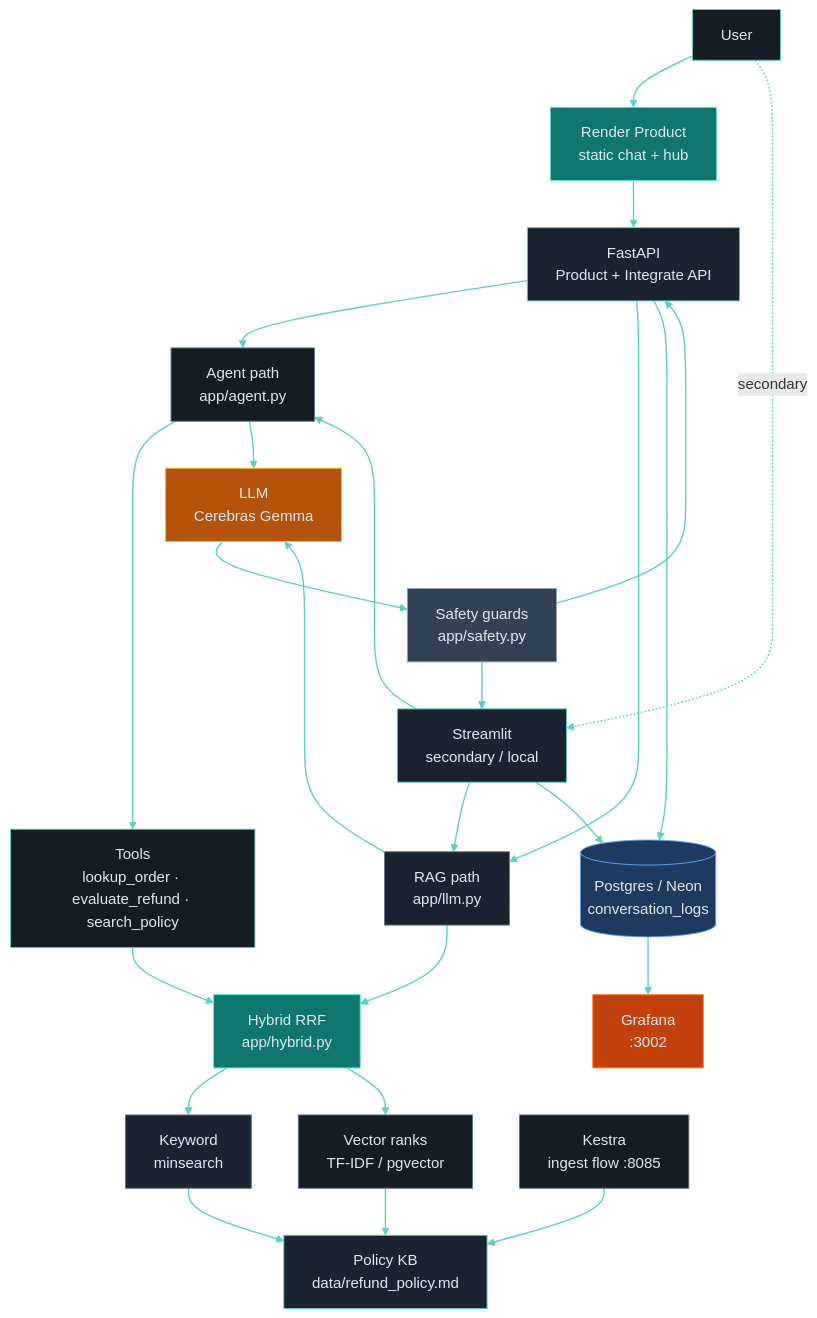
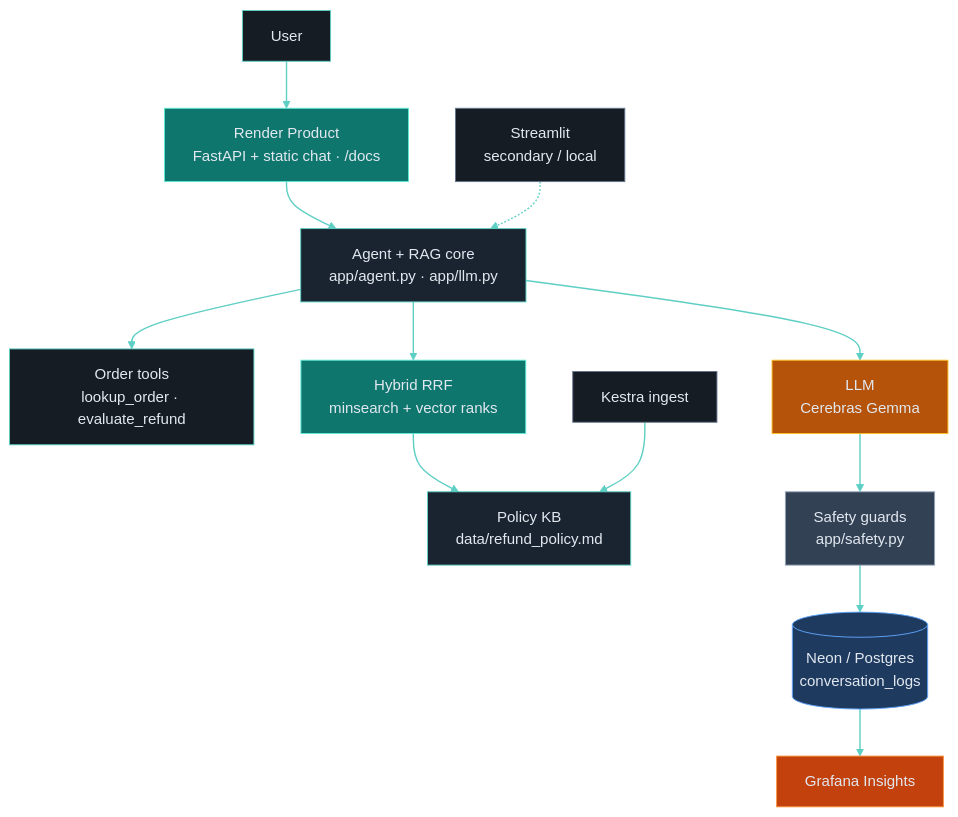
One commit to zakard114/policy-refund-agent changed the diagram in README.md. Above: the diagram before and after it, drawn with Mermaid.

Commit message:
Simplify architecture diagram to one clean top-down path.
Merge Product/API and Agent/RAG nodes, fold keyword and vector ranks into Hybrid RRF, and drop the response back-edges that stretched the graph.

````diff
--- a/README.md
+++ b/README.md
@@ -192,62 +192,29 @@
 ```mermaid
 flowchart TD
-    User["User"]
-    Product["Render Product<br/>static chat + hub"]
-    API["FastAPI<br/>Product + Integrate API"]
-    ST["Streamlit<br/>secondary / local"]
-    Agent["Agent path<br/>app/agent.py"]
-    RAG["RAG path<br/>app/llm.py"]
-    Tools["Tools<br/>lookup_order · evaluate_refund · search_policy"]
-    Hybrid["Hybrid RRF<br/>app/hybrid.py"]
-    KW["Keyword<br/>minsearch"]
-    Vec["Vector ranks<br/>TF-IDF / pgvector"]
-    Policy["Policy KB<br/>data/refund_policy.md"]
-    LLM["LLM<br/>Cerebras Gemma"]
-    Safety["Safety guards<br/>app/safety.py"]
-    PG[("Postgres / Neon<br/>conversation_logs")]
-    GF["Grafana<br/>:3002"]
-    Kestra["Kestra<br/>ingest flow :8085"]
-
-    User --> Product
-    Product --> API
-    User -. secondary .-> ST
-    API --> Agent
-    API --> RAG
-    ST --> Agent
-    ST --> RAG
-    Agent --> Tools
-    Tools --> Hybrid
-    RAG --> Hybrid
-    Hybrid --> KW
-    Hybrid --> Vec
-    KW --> Policy
-    Vec --> Policy
-    Agent --> LLM
-    RAG --> LLM
-    LLM --> Safety
-    Safety --> API
-    Safety --> ST
-    API --> PG
-    ST --> PG
-    PG --> GF
-    Kestra --> Policy
+    User["User"] --> Product["Render Product<br/>FastAPI + static chat · /docs"]
+    Product --> Core["Agent + RAG core<br/>app/agent.py · app/llm.py"]
+    ST["Streamlit<br/>secondary / local"] -.-> Core
+    Core --> Tools["Order tools<br/>lookup_order · evaluate_refund"]
+    Core --> Hybrid["Hybrid RRF<br/>minsearch + vector ranks"]
+    Core --> LLM["LLM<br/>Cerebras Gemma"]
+    Hybrid --> Policy["Policy KB<br/>data/refund_policy.md"]
+    Kestra["Kestra ingest"] --> Policy
+    LLM --> Safety["Safety guards<br/>app/safety.py"]
+    Safety --> PG[("Neon / Postgres<br/>conversation_logs")]
+    PG --> GF["Grafana Insights"]
 
     linkStyle default stroke:#5ecfc4,stroke-width:1.5px
 
     style User fill:#151c24,color:#e2e8f0,stroke:#5ecfc4
     style Product fill:#0f766e,color:#e2e8f0,stroke:#5eead4
-    style API fill:#1a2430,color:#e2e8f0,stroke:#5ecfc4
-    style ST fill:#1a2430,color:#e2e8f0,stroke:#5ecfc4
-    style Agent fill:#151c24,color:#e2e8f0,stroke:#64748b
-    style RAG fill:#1a2430,color:#e2e8f0,stroke:#64748b
+    style Core fill:#1a2430,color:#e2e8f0,stroke:#5ecfc4
+    style ST fill:#151c24,color:#e2e8f0,stroke:#64748b
     style Tools fill:#151c24,color:#e2e8f0,stroke:#5ecfc4
     style Hybrid fill:#0f766e,color:#e2e8f0,stroke:#5eead4
-    style KW fill:#1a2430,color:#e2e8f0,stroke:#64748b
-    style Vec fill:#151c24,color:#e2e8f0,stroke:#64748b
     style Policy fill:#1a2430,color:#e2e8f0,stroke:#5ecfc4
+    style Kestra fill:#151c24,color:#e2e8f0,stroke:#64748b
     style LLM fill:#b45309,color:#e2e8f0,stroke:#fbbf24
     style Safety fill:#334155,color:#e2e8f0,stroke:#94a3b8
     style PG fill:#1e3a5f,color:#e2e8f0,stroke:#60a5fa
     style GF fill:#c2410c,color:#e2e8f0,stroke:#fb923c
-    style Kestra fill:#151c24,color:#e2e8f0,stroke:#64748b
 ```
````
